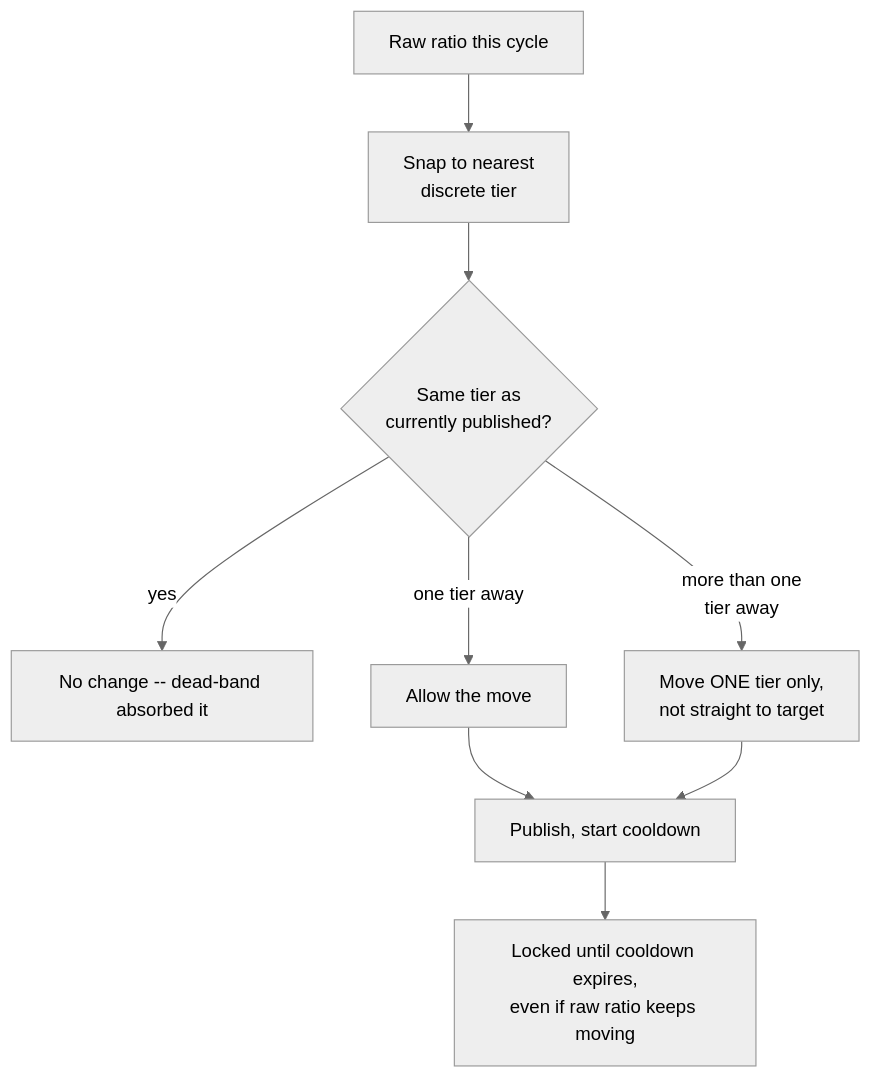
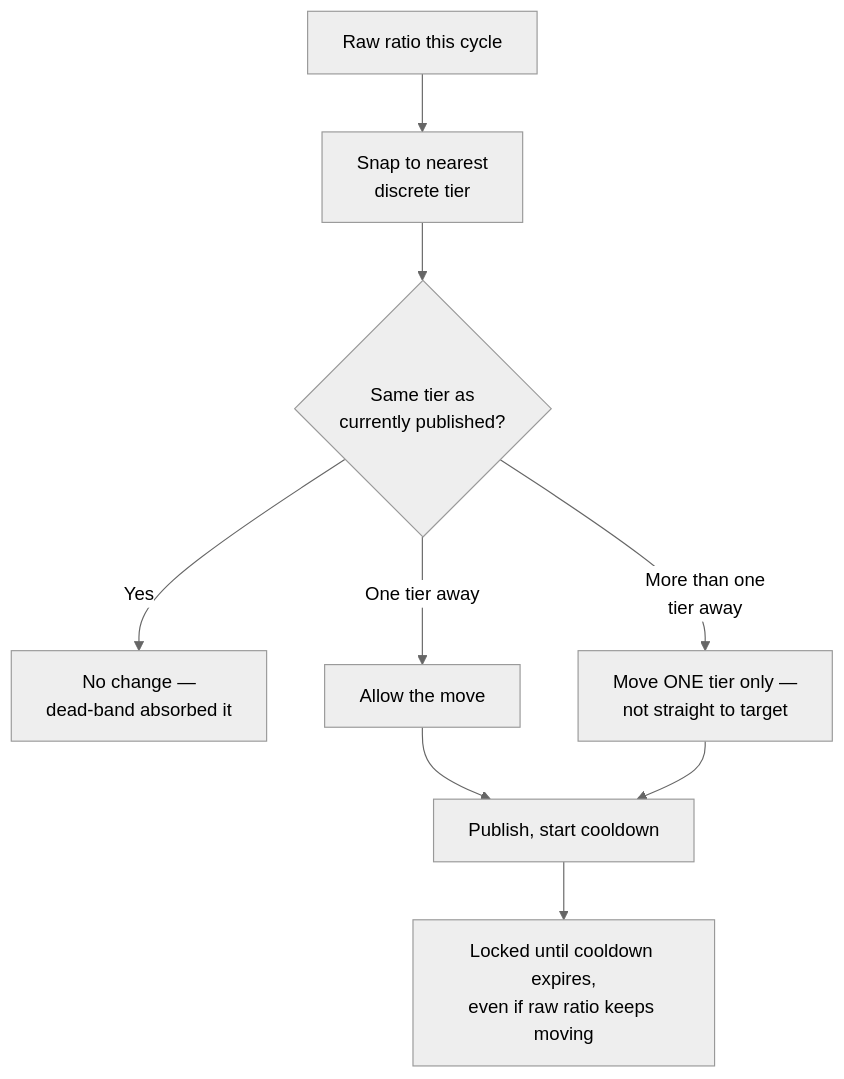
Before and after one commit to riyaz-pasha/Learnings: the fifth of 13 diagrams in system-design/HLD/0-course/53-Design-Uber-Surge-Pricing-Engine-FAANG-Guide-story.md, drawn with Mermaid (neutral theme). The commit also changed other lines of this file and 1 other file, not shown here.

Commit message:
[REWRITE] Uber Surge Pricing Engine story guide: simplify prose, add structure, fix diagrams

````diff
--- a/system-design/HLD/0-course/53-Design-Uber-Surge-Pricing-Engine-FAANG-Guide-story.md
+++ b/system-design/HLD/0-course/53-Design-Uber-Surge-Pricing-Engine-FAANG-Guide-story.md
@@ -113,11 +271,11 @@
 ```mermaid
 flowchart TD
-    A["Raw ratio this cycle"] --> B["Snap to nearest\ndiscrete tier"]
-    B --> C{"Same tier as\ncurrently published?"}
-    C -->|"yes"| D["No change -- dead-band absorbed it"]
-    C -->|"one tier away"| E["Allow the move"]
-    C -->|"more than one\ntier away"| F["Move ONE tier only,\nnot straight to target"]
+    A["Raw ratio this cycle"] --> B["Snap to nearest<br/>discrete tier"]
+    B --> C{"Same tier as<br/>currently published?"}
+    C -->|"Yes"| D["No change —<br/>dead-band absorbed it"]
+    C -->|"One tier away"| E["Allow the move"]
+    C -->|"More than one<br/>tier away"| F["Move ONE tier only —<br/>not straight to target"]
     E --> G["Publish, start cooldown"]
     F --> G
-    G --> H["Locked until cooldown expires,\neven if raw ratio keeps moving"]
+    G --> H["Locked until cooldown expires,<br/>even if raw ratio keeps moving"]
 ```
````
